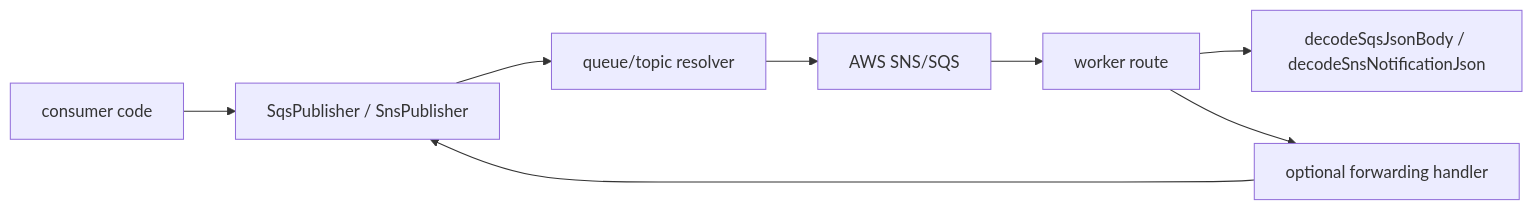
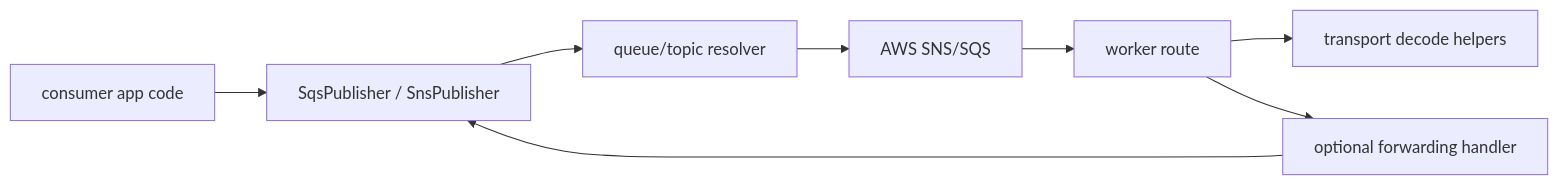
One commit to idenstra/messaging-runtime changed the second of 3 diagrams in docs/USAGE.md. Above: the diagram before and after it, drawn with Mermaid. The commit also changed other lines of this file and 14 other files, not shown here.

````diff
--- a/docs/USAGE.md
+++ b/docs/USAGE.md
@@ -87,18 +68,18 @@
 ```mermaid
 flowchart LR
-  Producer["consumer code"]
+  App["consumer app code"]
   Publisher["SqsPublisher / SnsPublisher"]
   Resolver["queue/topic resolver"]
   Broker["AWS SNS/SQS"]
-  Consumer["worker route"]
-  Decoder["decodeSqsJsonBody / decodeSnsNotificationJson"]
+  Worker["worker route"]
+  Decode["transport decode helpers"]
   Relay["optional forwarding handler"]
 
-  Producer --> Publisher
+  App --> Publisher
   Publisher --> Resolver
   Resolver --> Broker
-  Broker --> Consumer
-  Consumer --> Decoder
-  Consumer --> Relay
+  Broker --> Worker
+  Worker --> Decode
+  Worker --> Relay
   Relay --> Publisher
 ```
````
